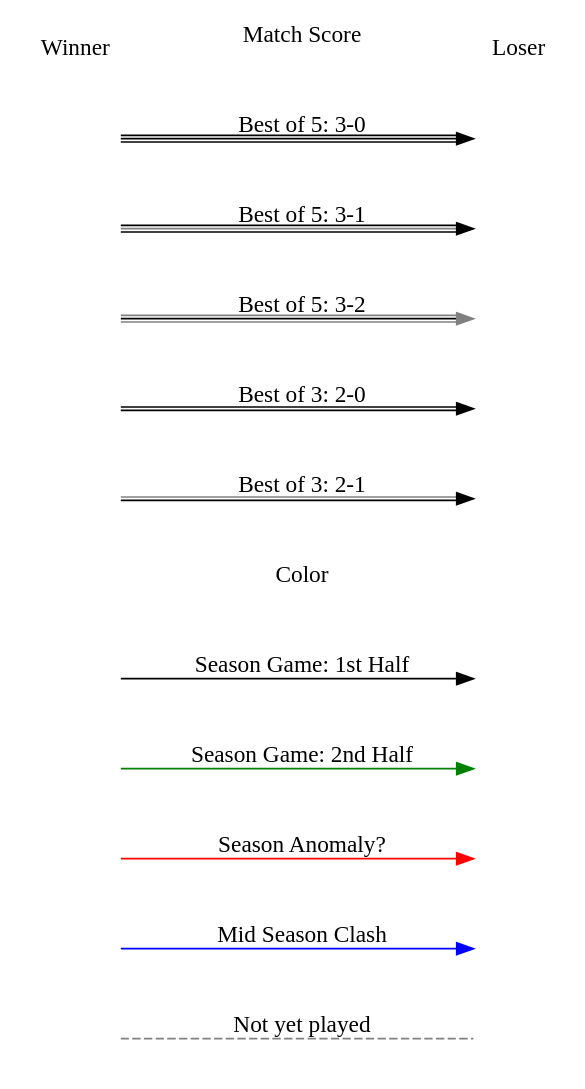
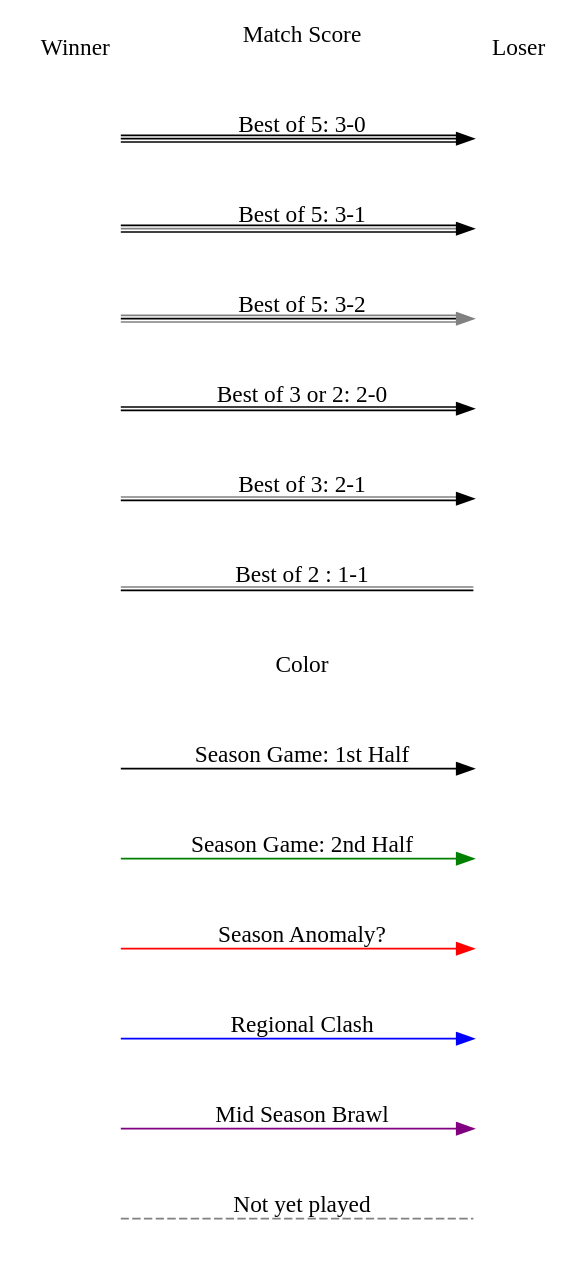
One commit to jpmarcotte/hgc-league-graphs changed the diagram in graphs/legend.dot. Above: the diagram before and after it, drawn with Graphviz. The commit also changed 9 other files, not shown here.

Commit message:
Mid Season Brawl day 1

```diff
--- a/graphs/legend.dot
+++ b/graphs/legend.dot
@@ -1,23 +1,25 @@
 digraph legend {
 	node [ shape="none" label="" ] 
 	rankdir="LR";
 
-	w	->	x	[ color="gray" style="dashed" dir="none" label="Not yet played" ]
-	u	->	v	[ color="blue"	label="Mid Season Clash" ]
-	s	->	t	[ color="red"	label="Season Anomaly?" ]
-	q	->	r	[ color="green" label="Season Game: 2nd Half" ]
-	o	->	p	[ color="black" label="Season Game: 1st Half" ]
+	1	->	2	[ color="gray"	label="Not yet played" style="dashed" dir="none" ]
+	y	->	z	[ color="purple"	label="Mid Season Brawl" ]
+	w	->	x	[ color="blue"	label="Regional Clash" ]
+	u	->	v	[ color="red"	label="Season Anomaly?" ]
+	s	->	t	[ color="green"	label="Season Game: 2nd Half" ]
+	q	->	r	[ color="black"	label="Season Game: 1st Half" ]
 
-	m	->  n	[ color="white" label="Color"]
+	o	->	p	[ color="white" label="Color"]
 
-	k	->	l	[ color="black:gray" label="Best of 3: 2-1" ]
-	i	->	j	[ color="black:black" label="Best of 3: 2-0" ]
+	i	->	j	[ color="black:gray"	label="Best of 2 : 1-1" dir="none" ]
+	m	->	n	[ color="black:gray"	label="Best of 3: 2-1" ]
+	k	->	l	[ color="black:black"	label="Best of 3 or 2: 2-0" ]
 
-	c	->	d	[ color="gray:black:gray" label="Best of 5: 3-2" ]
-	e	->	f	[ color="black:gray:black" label="Best of 5: 3-1" ]
-	g	->	h	[ color="black:black:black" label="Best of 5: 3-0" ]
+	c	->	d	[ color="gray:black:gray"	label="Best of 5: 3-2" ]
+	e	->	f	[ color="black:gray:black"	label="Best of 5: 3-1" ]
+	g	->	h	[ color="black:black:black"	label="Best of 5: 3-0" ]
 
 	a [ label="Winner" ]
 	b [ label="Loser" ]
 	a	->  b	[ color="white" label="Match Score" ]
 }
```
